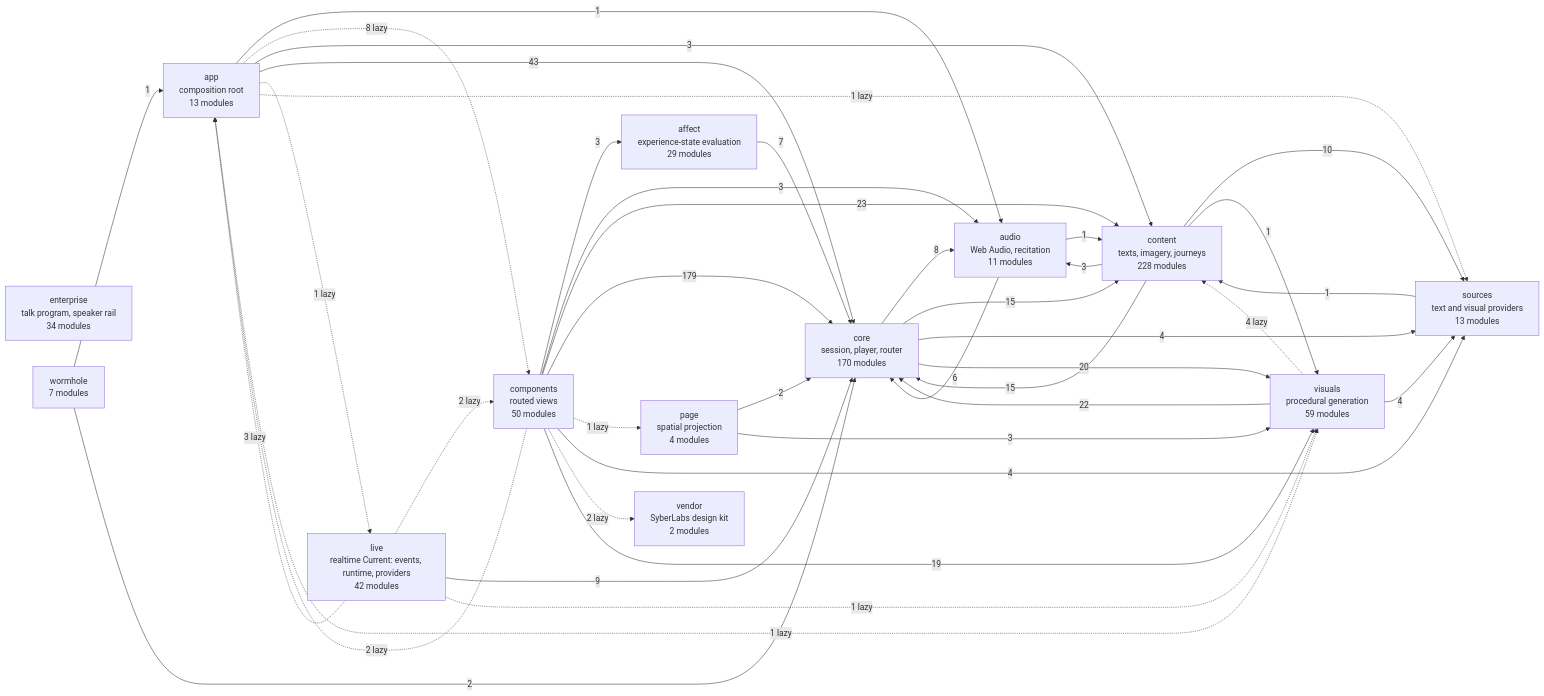
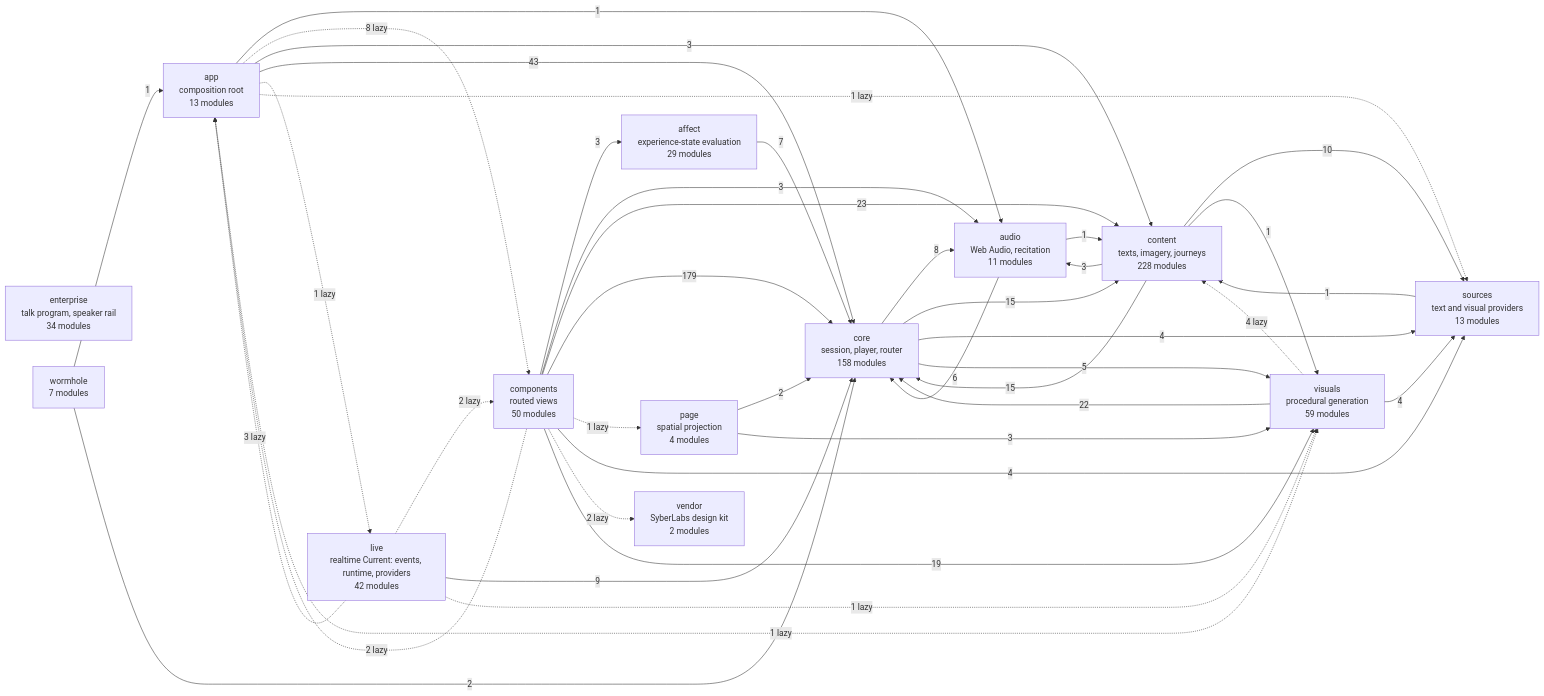
Before and after one commit to SyberLabs/RISE: the diagram in docs/specs/ARCHITECTURE.md, drawn with Mermaid. The commit also changed 32 other files, not shown here.

````diff
--- a/docs/specs/ARCHITECTURE.md
+++ b/docs/specs/ARCHITECTURE.md
@@ -154,56 +154,56 @@
 ```mermaid
 flowchart LR
     affect["affect<br/>experience-state evaluation<br/>29 modules"]
     app["app<br/>composition root<br/>13 modules"]
     audio["audio<br/>Web Audio, recitation<br/>11 modules"]
     components["components<br/>routed views<br/>50 modules"]
     content["content<br/>texts, imagery, journeys<br/>228 modules"]
-    core["core<br/>session, player, router<br/>170 modules"]
+    core["core<br/>session, player, router<br/>158 modules"]
     enterprise["enterprise<br/>talk program, speaker rail<br/>34 modules"]
     live["live<br/>realtime Current: events, runtime, providers<br/>42 modules"]
     page["page<br/>spatial projection<br/>4 modules"]
     sources["sources<br/>text and visual providers<br/>13 modules"]
     vendor["vendor<br/>SyberLabs design kit<br/>2 modules"]
     visuals["visuals<br/>procedural generation<br/>59 modules"]
     wormhole["wormhole<br/>7 modules"]
 
     affect --> |7| core
     app --> |1| audio
     app -.-> |8 lazy| components
     app --> |3| content
     app --> |43| core
     app -.-> |1 lazy| live
     app -.-> |1 lazy| sources
     app -.-> |1 lazy| visuals
     audio --> |1| content
     audio --> |6| core
     components --> |3| affect
     components -.-> |2 lazy| app
     components --> |3| audio
     components --> |23| content
     components --> |179| core
     components -.-> |1 lazy| page
     components --> |4| sources
     components -.-> |2 lazy| vendor
     components --> |19| visuals
     content --> |3| audio
     content --> |15| core
     content --> |10| sources
     content --> |1| visuals
     core --> |8| audio
     core --> |15| content
     core --> |4| sources
-    core --> |20| visuals
+    core --> |5| visuals
     live -.-> |3 lazy| app
     live -.-> |2 lazy| components
     live --> |9| core
     live -.-> |1 lazy| visuals
     page --> |2| core
     page --> |3| visuals
     sources --> |1| content
     visuals -.-> |4 lazy| content
     visuals --> |22| core
     visuals --> |4| sources
     wormhole --> |1| app
     wormhole --> |2| core
 ```
````
